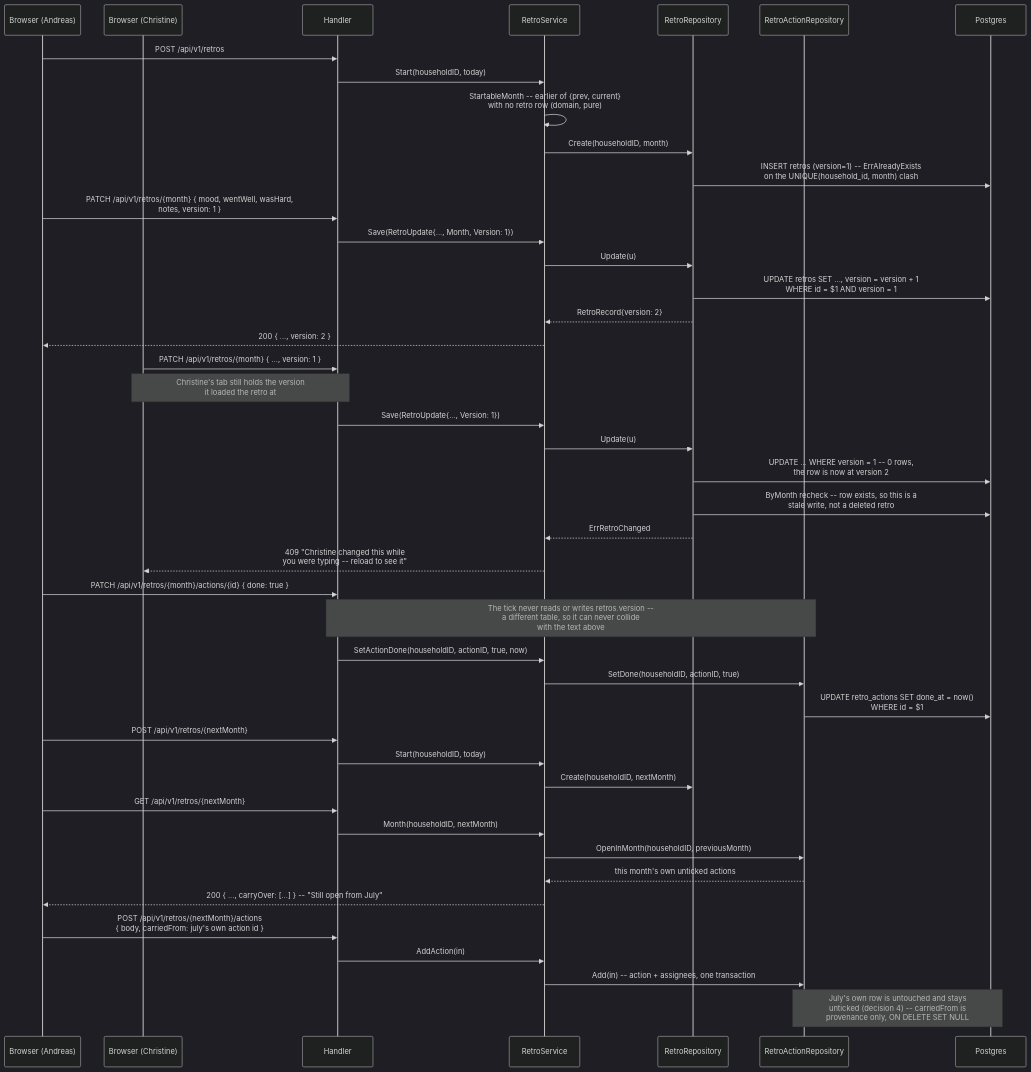
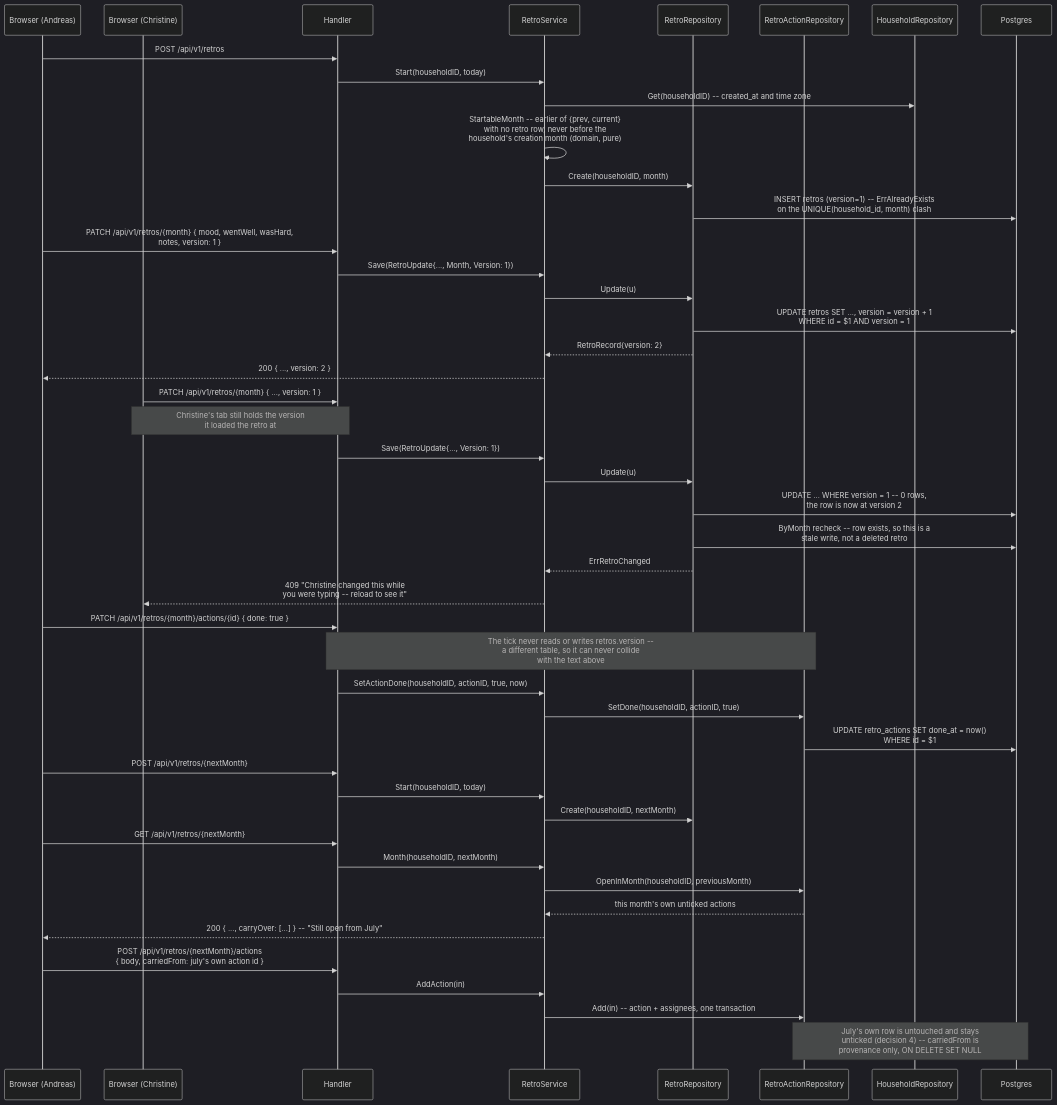
Before and after one commit to oandrz/Household: diagram 25 of 29 in docs/SYSTEM_DESIGN.md, drawn with Mermaid (dark theme). The commit also changed other lines of this file and 8 other files, not shown here.

````diff
--- a/docs/SYSTEM_DESIGN.md
+++ b/docs/SYSTEM_DESIGN.md
@@ -3118,51 +3166,53 @@
 ```mermaid
 sequenceDiagram
     participant B1 as Browser (Andreas)
     participant B2 as Browser (Christine)
     participant H as Handler
     participant Svc as RetroService
     participant RRepo as RetroRepository
     participant ARepo as RetroActionRepository
+    participant HRepo as HouseholdRepository
     participant DB as Postgres
 
     B1->>H: POST /api/v1/retros
     H->>Svc: Start(householdID, today)
-    Svc->>Svc: StartableMonth -- earlier of {prev, current}<br/>with no retro row (domain, pure)
+    Svc->>HRepo: Get(householdID) -- created_at and time zone
+    Svc->>Svc: StartableMonth -- earlier of {prev, current}<br/>with no retro row, never before the<br/>household's creation month (domain, pure)
     Svc->>RRepo: Create(householdID, month)
     RRepo->>DB: INSERT retros (version=1) -- ErrAlreadyExists<br/>on the UNIQUE(household_id, month) clash
 
     B1->>H: PATCH /api/v1/retros/{month} { mood, wentWell, wasHard,<br/>notes, version: 1 }
     H->>Svc: Save(RetroUpdate{..., Month, Version: 1})
     Svc->>RRepo: Update(u)
     RRepo->>DB: UPDATE retros SET ..., version = version + 1<br/>WHERE id = $1 AND version = 1
     RRepo-->>Svc: RetroRecord{version: 2}
     Svc-->>B1: 200 { ..., version: 2 }
 
     B2->>H: PATCH /api/v1/retros/{month} { ..., version: 1 }
     Note over B2,H: Christine's tab still holds the version<br/>it loaded the retro at
     H->>Svc: Save(RetroUpdate{..., Version: 1})
     Svc->>RRepo: Update(u)
     RRepo->>DB: UPDATE ... WHERE version = 1 -- 0 rows,<br/>the row is now at version 2
     RRepo->>DB: ByMonth recheck -- row exists, so this is a<br/>stale write, not a deleted retro
     RRepo-->>Svc: ErrRetroChanged
     Svc-->>B2: 409 "Christine changed this while<br/>you were typing -- reload to see it"
 
     B1->>H: PATCH /api/v1/retros/{month}/actions/{id} { done: true }
     Note over H,ARepo: The tick never reads or writes retros.version --<br/>a different table, so it can never collide<br/>with the text above
     H->>Svc: SetActionDone(householdID, actionID, true, now)
     Svc->>ARepo: SetDone(householdID, actionID, true)
     ARepo->>DB: UPDATE retro_actions SET done_at = now()<br/>WHERE id = $1
 
     B1->>H: POST /api/v1/retros/{nextMonth}
     H->>Svc: Start(householdID, today)
     Svc->>RRepo: Create(householdID, nextMonth)
     B1->>H: GET /api/v1/retros/{nextMonth}
     H->>Svc: Month(householdID, nextMonth)
     Svc->>ARepo: OpenInMonth(householdID, previousMonth)
     ARepo-->>Svc: this month's own unticked actions
     Svc-->>B1: 200 { ..., carryOver: [...] } -- "Still open from July"
     B1->>H: POST /api/v1/retros/{nextMonth}/actions<br/>{ body, carriedFrom: july's own action id }
     H->>Svc: AddAction(in)
     Svc->>ARepo: Add(in) -- action + assignees, one transaction
     Note over ARepo,DB: July's own row is untouched and stays<br/>unticked (decision 4) -- carriedFrom is<br/>provenance only, ON DELETE SET NULL
 ```
````
